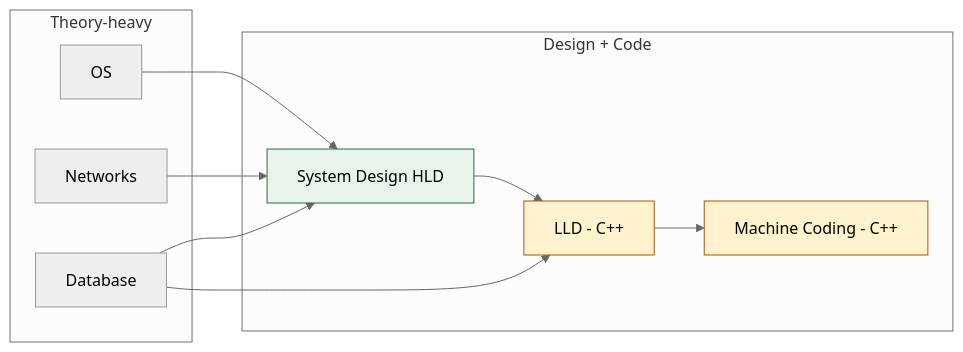
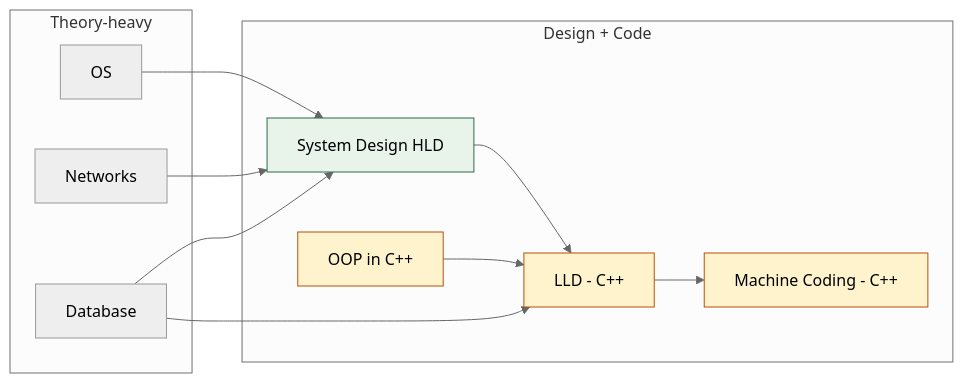
One commit to codevoks/Learning changed the first of 2 diagrams in INTERVIEW-PREP.md. Above: the diagram before and after it, drawn with Mermaid (neutral theme). The commit also changed other lines of this file, not shown here.

First line of the commit message:
Wire OOPS into INTERVIEW-PREP master index

````diff
--- a/INTERVIEW-PREP.md
+++ b/INTERVIEW-PREP.md
@@ -27,22 +28,25 @@
 ```mermaid
 flowchart LR
     subgraph THEORY["Theory-heavy"]
         OS[OS]
         NET[Networks]
         DB[Database]
     end
     subgraph DESIGN["Design + Code"]
         HLD[System Design HLD]
+        OOPS[OOP in C++]
         LLD[LLD - C++]
         MC[Machine Coding - C++]
     end
     OS --> HLD
     NET --> HLD
     DB --> HLD
     DB --> LLD
     HLD --> LLD
+    OOPS --> LLD
     LLD --> MC
+    style OOPS fill:#fef3cd,stroke:#b45309
     style LLD fill:#fef3cd,stroke:#b45309
     style MC fill:#fef3cd,stroke:#b45309
     style HLD fill:#e8f4ea,stroke:#2d6a4f
 ```
````
